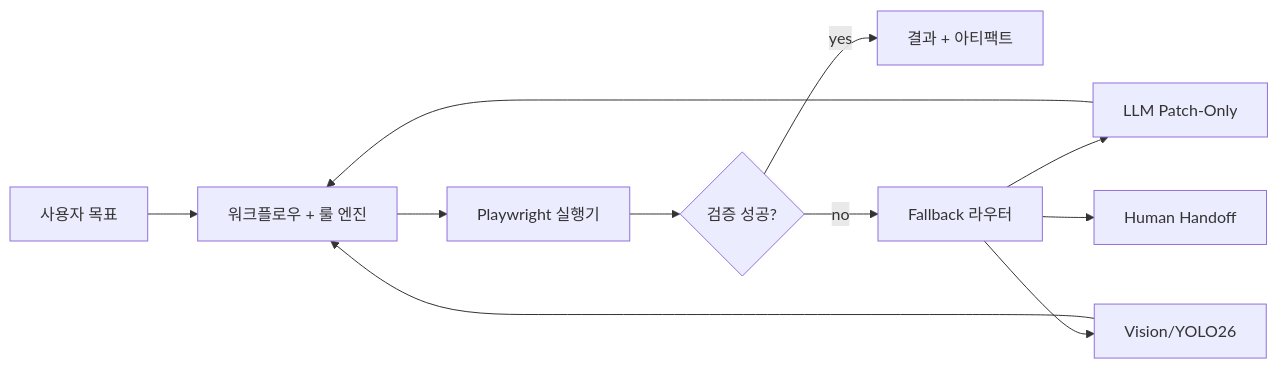
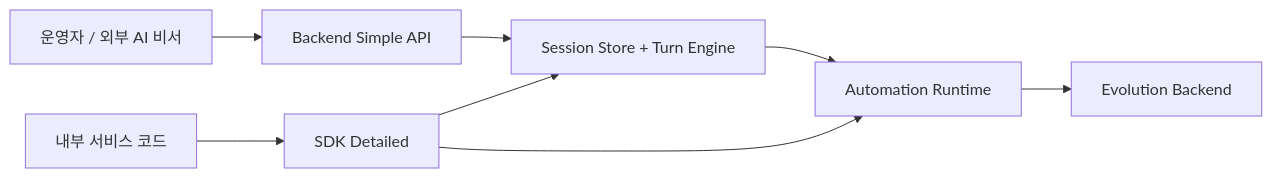
The diagram in README.ko.md (jedikim/web-testing), drawn with Mermaid before and after one commit. The commit also changed other lines of this file and 28 other files, not shown here.

Commit message:
feat(runtime): add dual-mode backend session API and multiturn sdk

````diff
--- a/README.ko.md
+++ b/README.ko.md
@@ -23,13 +12,11 @@
 ```mermaid
 flowchart LR
-    U[사용자 목표] --> W[워크플로우 + 룰 엔진]
-    W --> X[Playwright 실행기]
-    X --> V{검증 성공?}
-    V -->|yes| R[결과 + 아티팩트]
-    V -->|no| F[Fallback 라우터]
-    F --> L[LLM Patch-Only]
-    F --> Y[Vision/YOLO26]
-    F --> H[Human Handoff]
-    L --> W
-    Y --> W
+    U[운영자 / 외부 AI 비서] --> B[Backend Simple API]
+    B --> S[Session Store + Turn Engine]
+    S --> A[Automation Runtime]
+    A --> E[Evolution Backend]
+
+    X[내부 서비스 코드] --> D[SDK Detailed]
+    D --> S
+    D --> A
 ```
````
